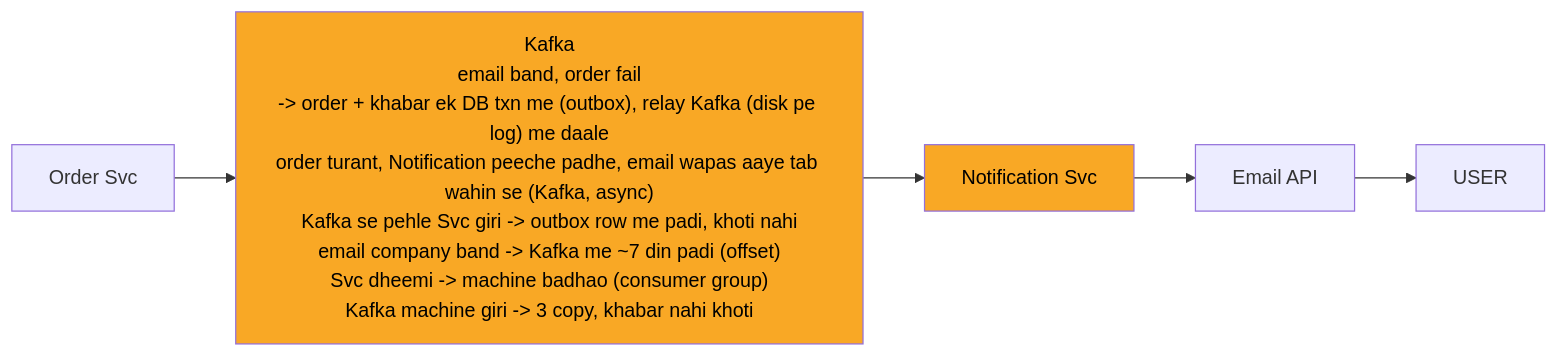
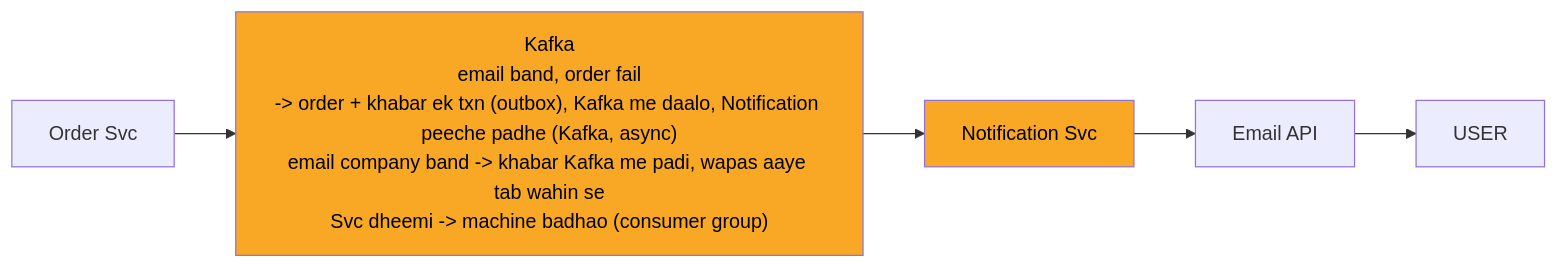
One commit to ArpanMaheshwari144/Prep changed the diagram in 04_HLD/SYSTEM_DESIGNS/04_notification_system/img/c1.mmd. Above: the diagram before and after it, drawn with Mermaid. The commit also changed 47 other files, not shown here.

```diff
--- a/04_HLD/SYSTEM_DESIGNS/04_notification_system/img/c1.mmd
+++ b/04_HLD/SYSTEM_DESIGNS/04_notification_system/img/c1.mmd
@@ -1,13 +1,13 @@
 %%{init: {"flowchart": {"wrappingWidth": 450}}}%%
 flowchart LR
     n_Order_Svc["Order Svc"]
-    n_Kafka["Kafka<br/>email band, order fail<br/>-> order + khabar ek DB txn me (outbox), relay Kafka (disk pe log) me daale<br/>order turant, Notification peeche padhe, email wapas aaye tab wahin se (Kafka, async)<br/>Kafka se pehle Svc giri -> outbox row me padi, khoti nahi<br/>email company band -> Kafka me ~7 din padi (offset)<br/>Svc dheemi -> machine badhao (consumer group)<br/>Kafka machine giri -> 3 copy, khabar nahi khoti"]
+    n_Kafka["Kafka<br/>email band, order fail<br/>-> order + khabar ek txn (outbox), Kafka me daalo, Notification peeche padhe (Kafka, async)<br/>email company band -> khabar Kafka me padi, wapas aaye tab wahin se<br/>Svc dheemi -> machine badhao (consumer group)"]
     n_Notification_Svc["Notification Svc"]
     n_Email_API["Email API"]
     n_USER["USER"]
     n_Order_Svc --> n_Kafka
     n_Kafka --> n_Notification_Svc
     n_Notification_Svc --> n_Email_API
     n_Email_API --> n_USER
     style n_Kafka fill:#f9a825,color:#000
     style n_Notification_Svc fill:#f9a825,color:#000
```
